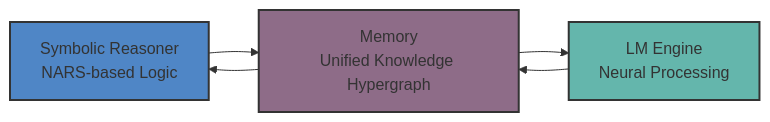
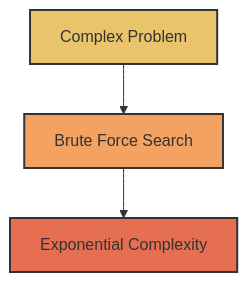
The first of 5 diagrams in docs/slides.md (automenta/senars8), drawn with Mermaid before and after one commit. The commit also changed other lines of this file and 228 other files, not shown here.

````diff
--- a/docs/slides.md
+++ b/docs/slides.md
@@ -96,15 +32,8 @@
 ```mermaid
-graph LR
-    A[Symbolic Reasoner<br/>NARS-based Logic] --> B[Memory<br/>Unified Knowledge Hypergraph]
-    B --> C[LM Engine<br/>Neural Processing]
-    C --> B
-    B --> A
-
-    style A fill:#4F86C6,stroke:#333,stroke-width:2px
-    style B fill:#8E6C88,stroke:#333,stroke-width:2px
-    style C fill:#64B6AC,stroke:#333,stroke-width:2px
-
-    classDef cognitiveComponent fill:#4F86C6,stroke:#333,stroke-width:2px;
-    classDef knowledgeComponent fill:#8E6C88,stroke:#333,stroke-width:2px;
-    classDef neuralComponent fill:#64B6AC,stroke:#333,stroke-width:2px;
+graph TD
+    A[Complex Problem] --> B[Brute Force Search];
+    B --> C[Exponential Complexity];
+    style A fill:#e9c46a,stroke:#333,stroke-width:2px
+    style B fill:#f4a261,stroke:#333,stroke-width:2px
+    style C fill:#e76f51,stroke:#333,stroke-width:2px
 ```
````
